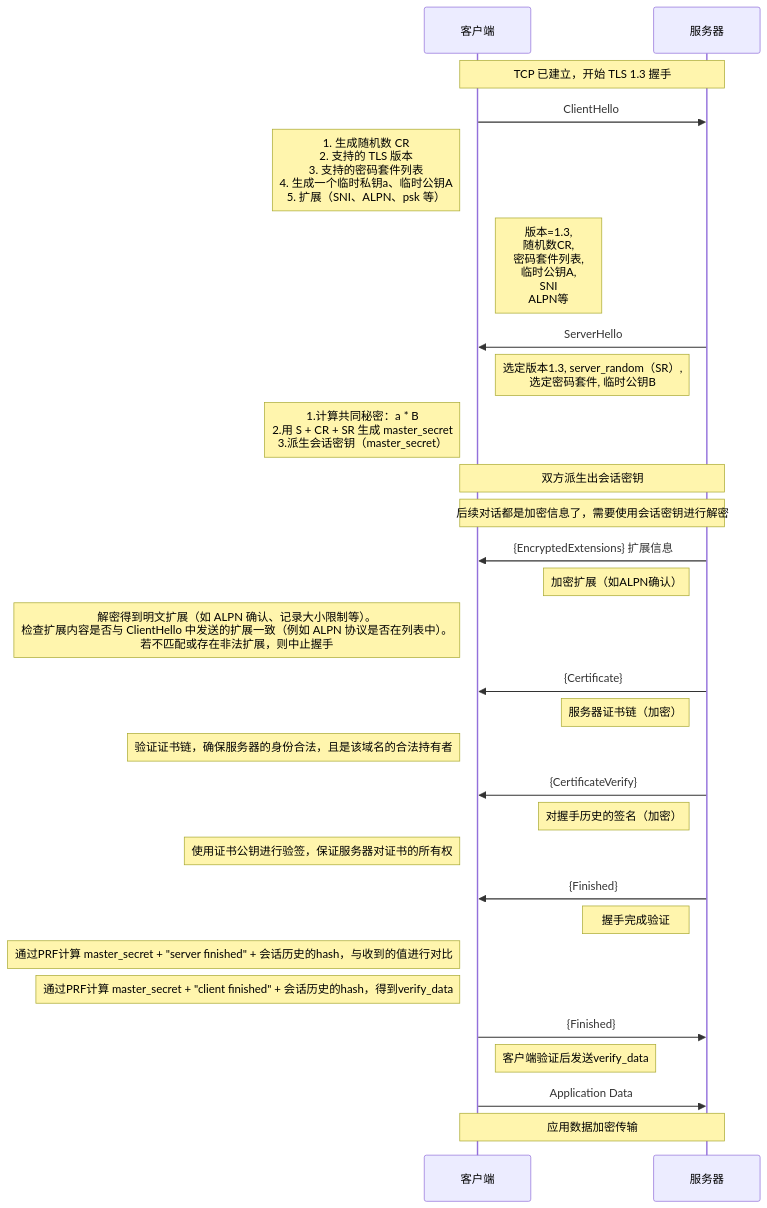
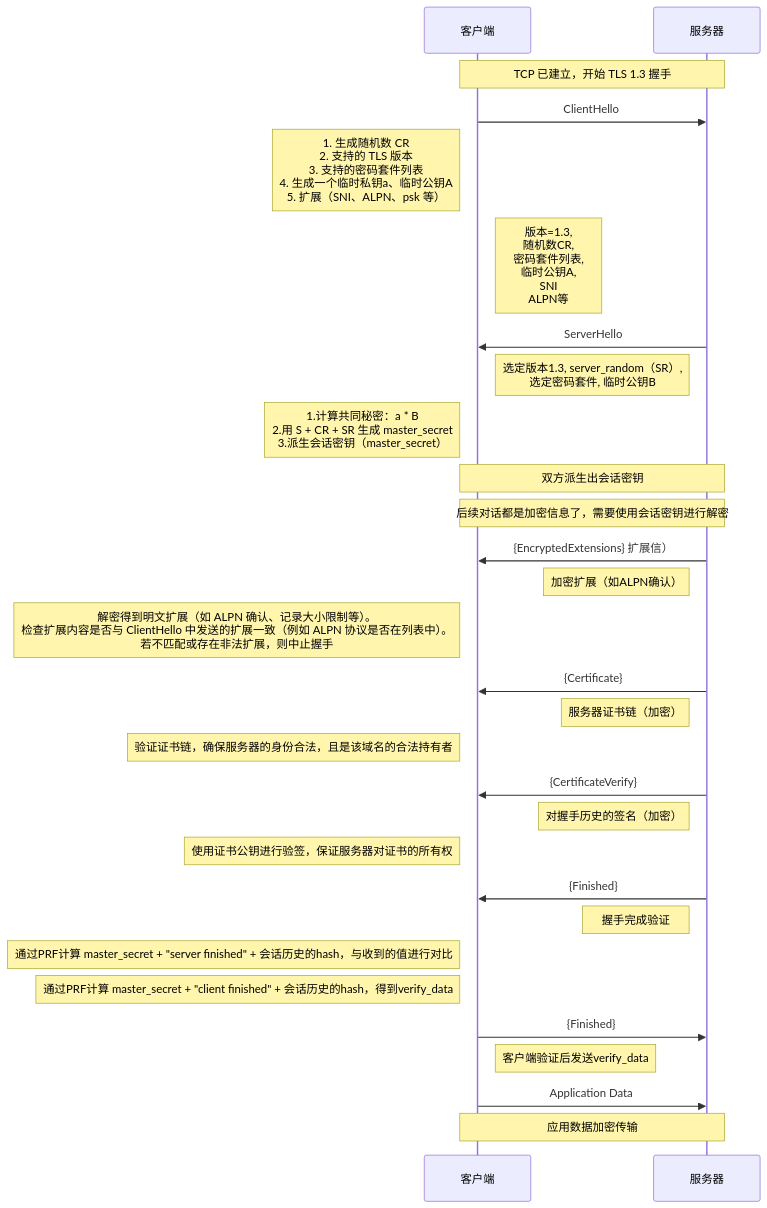
Before and after one commit to HY-10-8/iodraw-files: the diagram in all/TLS-1.3-通用.md, drawn with Mermaid.

Commit message:
2026-03-31 09:14:01 update

````diff
--- a/all/TLS-1.3-通用.md
+++ b/all/TLS-1.3-通用.md
@@ -1,41 +1,41 @@
 ```mermaid
 sequenceDiagram
     participant C as 客户端
     participant S as 服务器
 
     Note over C,S: TCP 已建立，开始 TLS 1.3 握手
 
     C->>S: ClientHello
     Note left of C: 1. 生成随机数 CR<br/> 2. 支持的 TLS 版本<br/> 3. 支持的密码套件列表<br/> 4. 生成一个临时私钥a、临时公钥A<br/> 5. 扩展（SNI、ALPN、psk 等）
     Note right of C: 版本=1.3,<br/> 随机数CR,<br/> 密码套件列表,<br/> 临时公钥A,<br/> SNI<br/> ALPN等
 
     S->>C: ServerHello
     Note left of S: 选定版本1.3, server_random（SR）,<br/> 选定密码套件, 临时公钥B
     Note left of C: 1.计算共同秘密：a * B<br/> 2.用 S + CR + SR 生成 master_secret<br/> 3.派生会话密钥（master_secret）
 
     Note over C,S: 双方派生出会话密钥
     Note over C,S: 后续对话都是加密信息了，需要使用会话密钥进行解密
 
-    S->>C: {EncryptedExtensions} 扩展信息
+    S->>C: {EncryptedExtensions} 扩展信）
     Note left of S: 加密扩展（如ALPN确认）
     Note left of C: 解密得到明文扩展（如 ALPN 确认、记录大小限制等）。<br/>检查扩展内容是否与 ClientHello 中发送的扩展一致（例如 ALPN 协议是否在列表中）。<br/> 若不匹配或存在非法扩展，则中止握手
 
     S->>C: {Certificate}
     Note left of S: 服务器证书链（加密）
     Note left of C: 验证证书链，确保服务器的身份合法，且是该域名的合法持有者
 
     S->>C: {CertificateVerify}
     Note left of S: 对握手历史的签名（加密）
     Note left of C: 使用证书公钥进行验签，保证服务器对证书的所有权
 
     S->>C: {Finished}
     Note left of S: 握手完成验证
     Note left of C: 通过PRF计算 master_secret + "server finished" + 会话历史的hash，与收到的值进行对比
     Note left of C: 通过PRF计算 master_secret + "client finished" + 会话历史的hash，得到verify_data
 
     C->>S: {Finished}
     Note right of C: 客户端验证后发送verify_data
 
     C->>S: Application Data
     Note over C,S: 应用数据加密传输
 ```
````
